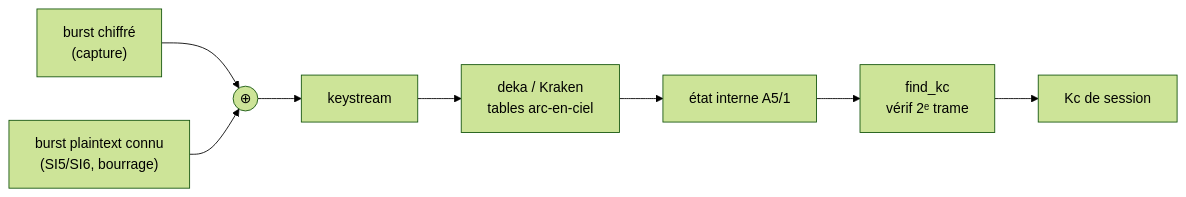
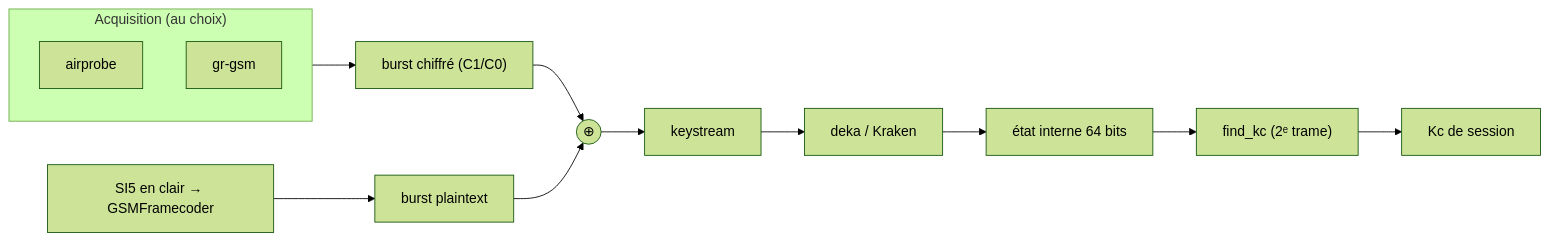
Before and after one commit to bbaranoff/bbaranoff.github.io: the first of 2 diagrams in cours/telco/4-A5-1-cracking.md, drawn with Mermaid (forest theme). The commit also changed other lines of this file and 2 other files, not shown here.

````diff
--- a/cours/telco/4-A5-1-cracking.md
+++ b/cours/telco/4-A5-1-cracking.md
@@ -26,10 +44,17 @@
 ```mermaid
 flowchart LR
-    C["burst chiffré<br/>(capture)"] --> X(("⊕"))
-    P["burst plaintext connu<br/>(SI5/SI6, bourrage)"] --> X
+    subgraph ACQ["Acquisition (au choix)"]
+      direction TB
+      AP["airprobe"] 
+      GR["gr-gsm"]
+    end
+    ACQ --> C["burst chiffré (C1/C0)"]
+    SI["SI5 en clair → GSMFramecoder"] --> P["burst plaintext"]
+    C --> X(("⊕"))
+    P --> X
     X --> K["keystream"]
-    K --> D["deka / Kraken<br/>tables arc-en-ciel"]
-    D --> S["état interne A5/1"]
-    S --> F["find_kc<br/>vérif 2ᵉ trame"]
+    K --> D["deka / Kraken"]
+    D --> S["état interne 64 bits"]
+    S --> F["find_kc (2ᵉ trame)"]
     F --> KC["Kc de session"]
 ```
````
